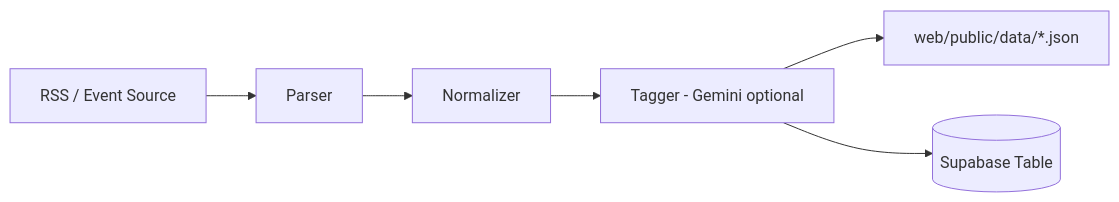
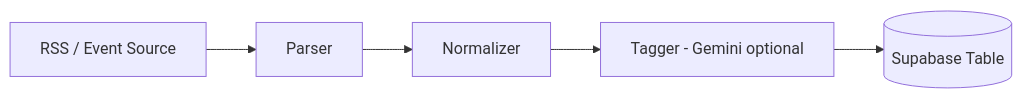
Before and after one commit to Buc-Capstone-Dibut/buc_Capstone_DEMO: the diagram in crawler/README.md, drawn with Mermaid. The commit also changed other lines of this file and 43 other files, not shown here.

````diff
--- a/crawler/README.md
+++ b/crawler/README.md
@@ -7,8 +7,7 @@
 ```mermaid
 flowchart LR
     SRC[RSS / Event Source] --> P[Parser]
     P --> N[Normalizer]
     N --> T[Tagger - Gemini optional]
-    T --> OUT1[web/public/data/*.json]
-    T --> OUT2[(Supabase Table)]
+    T --> OUT[(Supabase Table)]
 ```
````
